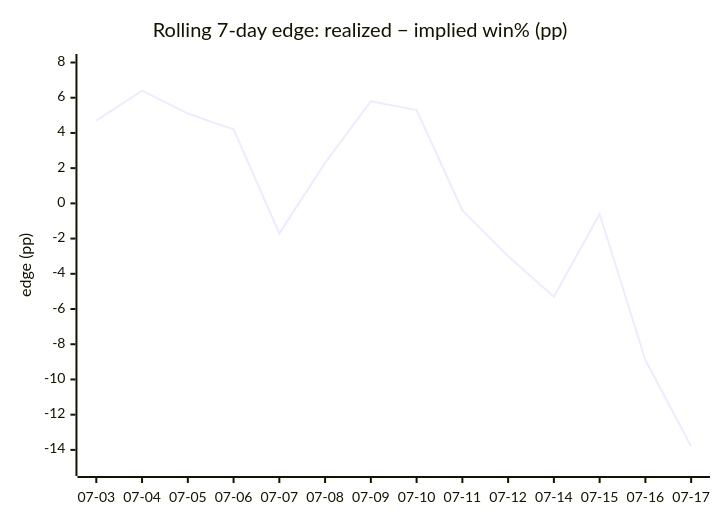
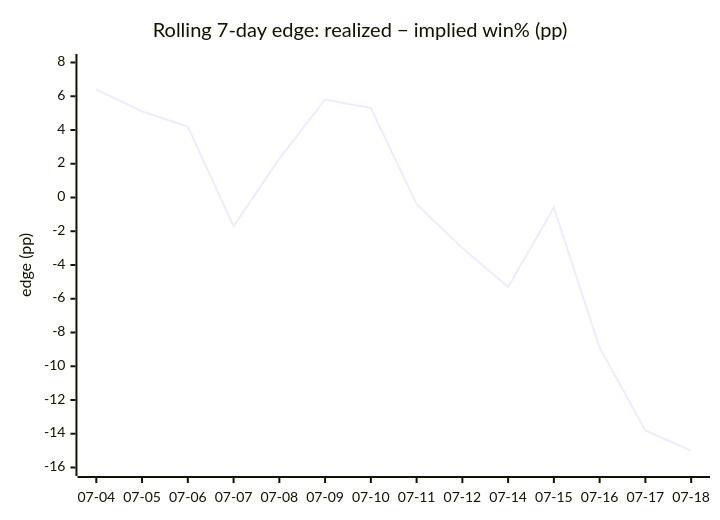
The fourth of 4 diagrams in DAILY_AGSU_REPORT.md (dpk1212/nhl-savant), drawn with Mermaid before and after one commit. The commit also changed other lines of this file, not shown here.

````diff
--- a/DAILY_AGSU_REPORT.md
+++ b/DAILY_AGSU_REPORT.md
@@ -549,7 +563,7 @@
 ```mermaid
 xychart-beta
     title "Rolling 7-day edge: realized − implied win% (pp)"
-    x-axis ["07-03", "07-04", "07-05", "07-06", "07-07", "07-08", "07-09", "07-10", "07-11", "07-12", "07-14", "07-15", "07-16", "07-17"]
-    y-axis "edge (pp)" -15 --> 8
-    line [4.7, 6.4, 5.1, 4.2, -1.7, 2.3, 5.8, 5.3, -0.4, -3, -5.3, -0.6, -8.9, -13.8]
+    x-axis ["07-04", "07-05", "07-06", "07-07", "07-08", "07-09", "07-10", "07-11", "07-12", "07-14", "07-15", "07-16", "07-17", "07-18"]
+    y-axis "edge (pp)" -16 --> 8
+    line [6.4, 5.1, 4.2, -1.7, 2.3, 5.8, 5.3, -0.4, -3, -5.3, -0.6, -8.9, -13.8, -15]
 ```
````
